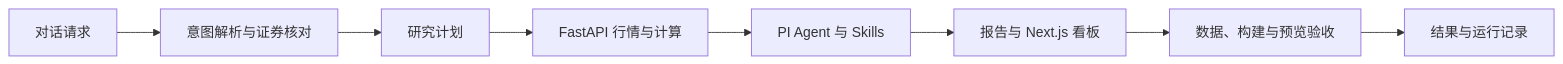
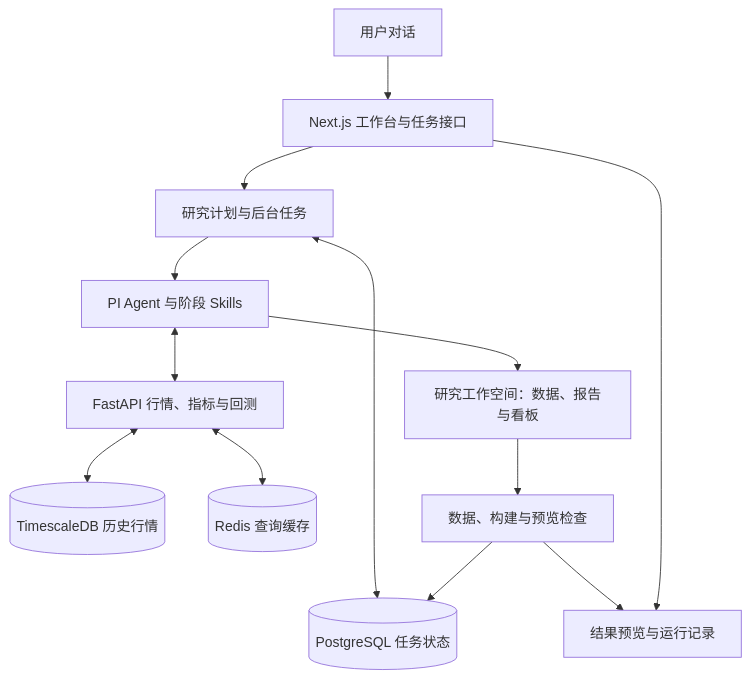
One commit to xbzz1018/SignalForge changed the diagram in README.md. Above: the diagram before and after it, drawn with Mermaid. The commit also changed other lines of this file and 3 other files, not shown here.

````diff
--- a/README.md
+++ b/README.md
@@ -30,10 +73,15 @@
 ```mermaid
-flowchart LR
-  A[对话请求] --> B[意图解析与证券核对]
-  B --> C[研究计划]
-  C --> D[FastAPI 行情与计算]
-  D --> E[PI Agent 与 Skills]
-  E --> F[报告与 Next.js 看板]
-  F --> G[数据、构建与预览验收]
-  G --> H[结果与运行记录]
+flowchart TB
+  U[用户对话] --> W[Next.js 工作台与任务接口]
+  W --> J[研究计划与后台任务]
+  J --> A[PI Agent 与阶段 Skills]
+  J <--> P[(PostgreSQL 任务状态)]
+  A <--> M[FastAPI 行情、指标与回测]
+  M <--> T[(TimescaleDB 历史行情)]
+  M <--> R[(Redis 查询缓存)]
+  A --> S[研究工作空间：数据、报告与看板]
+  S --> V[数据、构建与预览检查]
+  V --> P
+  V --> O[结果预览与运行记录]
+  W --> O
 ```
````
